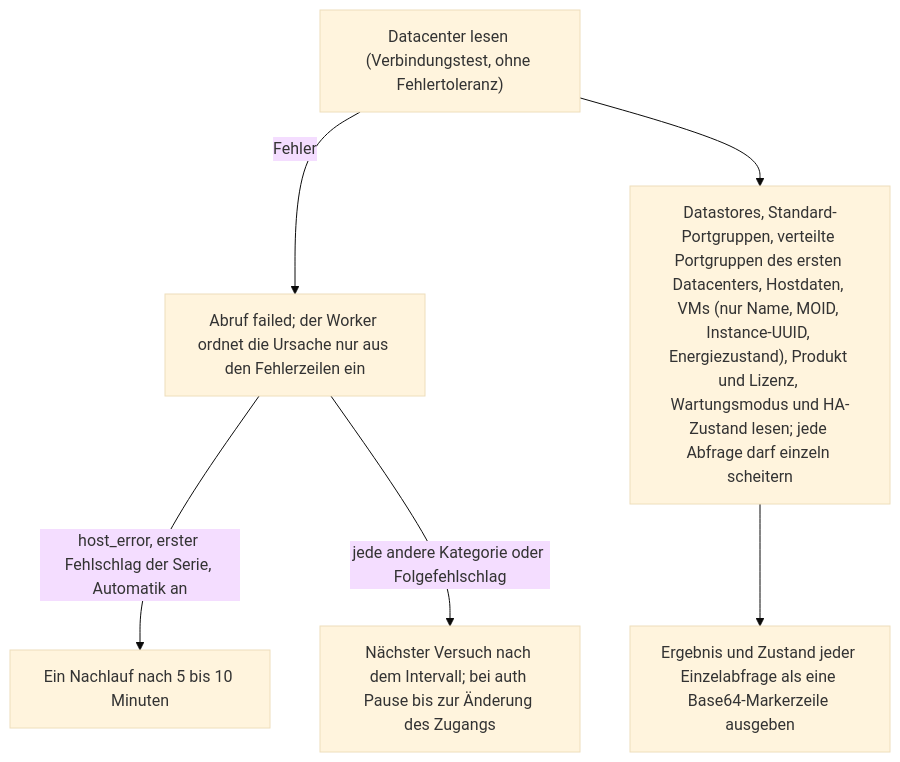
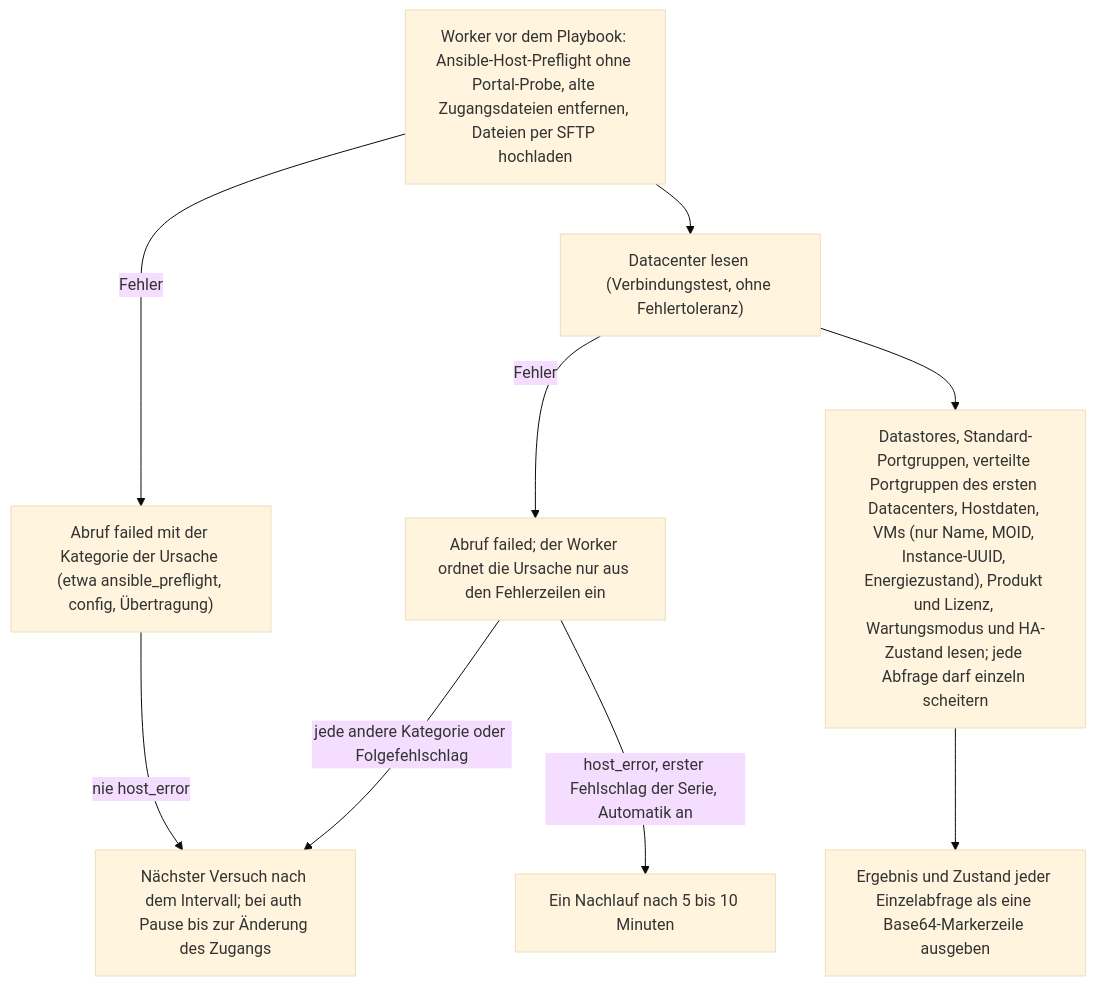
Before and after one commit to Samy94M/VirtuSphere-v2-WebApp: diagram 18 of 18 in docs/operations/deploy-flows.md, drawn with Mermaid (base theme). The commit also changed other lines of this file and 12 other files, not shown here.

First line of the commit message:
TS1-K1: align operations docs and diagrams with the code after the text audit

````diff
--- a/docs/operations/deploy-flows.md
+++ b/docs/operations/deploy-flows.md
@@ -570,8 +579,11 @@
 ```mermaid
 flowchart TD
+  W["Worker vor dem Playbook: Ansible-Host-Preflight ohne Portal-Probe, alte Zugangsdateien entfernen, Dateien per SFTP hochladen"] -->|Fehler| WX["Abruf failed mit der Kategorie der Ursache (etwa ansible_preflight, config, Übertragung)"]
+  W --> A
+  WX -->|nie host_error| G
   A["Datacenter lesen (Verbindungstest, ohne Fehlertoleranz)"] -->|Fehler| AX["Abruf failed; der Worker ordnet die Ursache nur aus den Fehlerzeilen ein"]
   A --> B["Datastores, Standard-Portgruppen, verteilte Portgruppen des ersten Datacenters, Hostdaten, VMs (nur Name, MOID, Instance-UUID, Energiezustand), Produkt und Lizenz, Wartungsmodus und HA-Zustand lesen; jede Abfrage darf einzeln scheitern"]
   B --> C["Ergebnis und Zustand jeder Einzelabfrage als eine Base64-Markerzeile ausgeben"]
   AX -->|host_error, erster Fehlschlag der Serie, Automatik an| F["Ein Nachlauf nach 5 bis 10 Minuten"]
   AX -->|jede andere Kategorie oder Folgefehlschlag| G["Nächster Versuch nach dem Intervall; bei auth Pause bis zur Änderung des Zugangs"]
 ```
````
